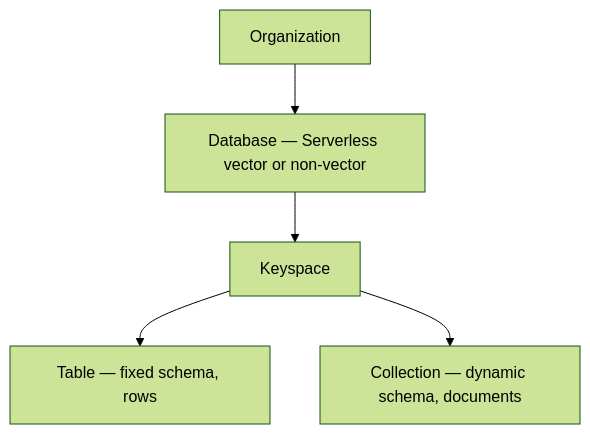
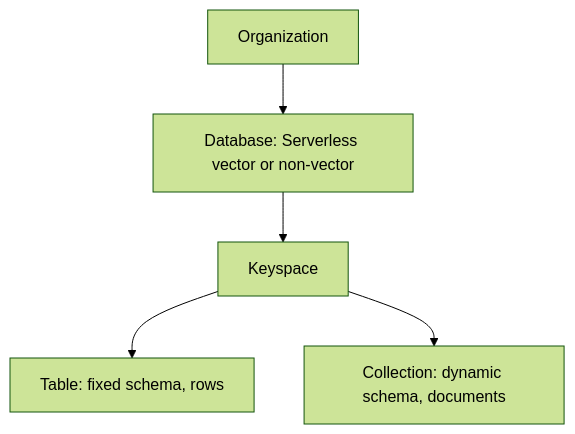
The diagram in 02-astra-fundamentals/astra-fundamentals.md (difli/astra-db-enablement), drawn with Mermaid (forest theme) before and after one commit. The commit also changed other lines of this file and 22 other files, not shown here.

Commit message:
Harden the workshop for v1.0: align docs and the sample app, make labs copy-pasteable, and add the take-home architecture checklist.

````diff
--- a/02-astra-fundamentals/astra-fundamentals.md
+++ b/02-astra-fundamentals/astra-fundamentals.md
@@ -7,12 +7,12 @@
 ```mermaid
 flowchart TB
-  org[Organization]
-  db[Database — Serverless vector or non-vector]
-  ks[Keyspace]
-  table[Table — fixed schema, rows]
-  coll[Collection — dynamic schema, documents]
+  org["Organization"]
+  db["Database: Serverless vector or non-vector"]
+  ks["Keyspace"]
+  table["Table: fixed schema, rows"]
+  coll["Collection: dynamic schema, documents"]
   org --> db
   db --> ks
   ks --> table
   ks --> coll
 ```
````
